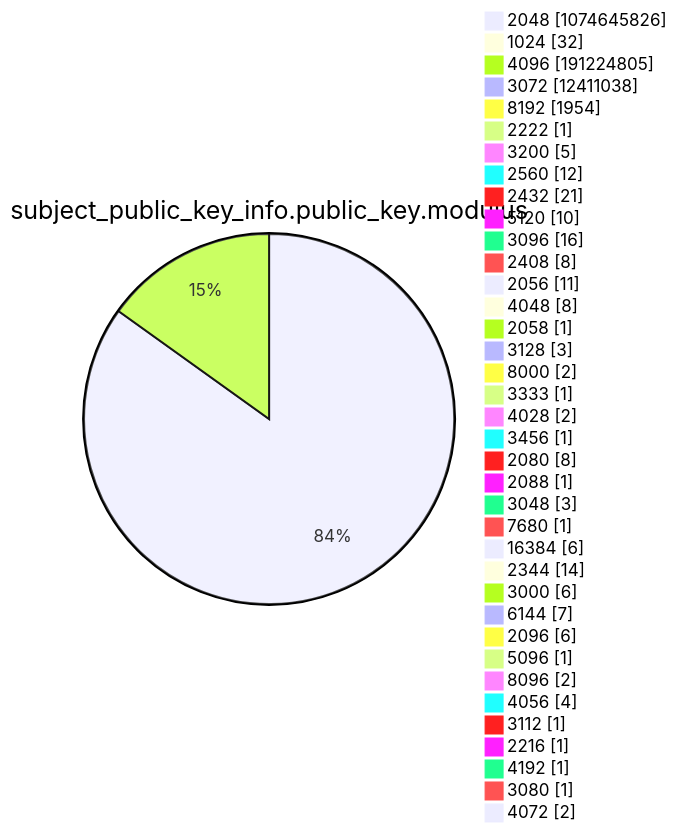
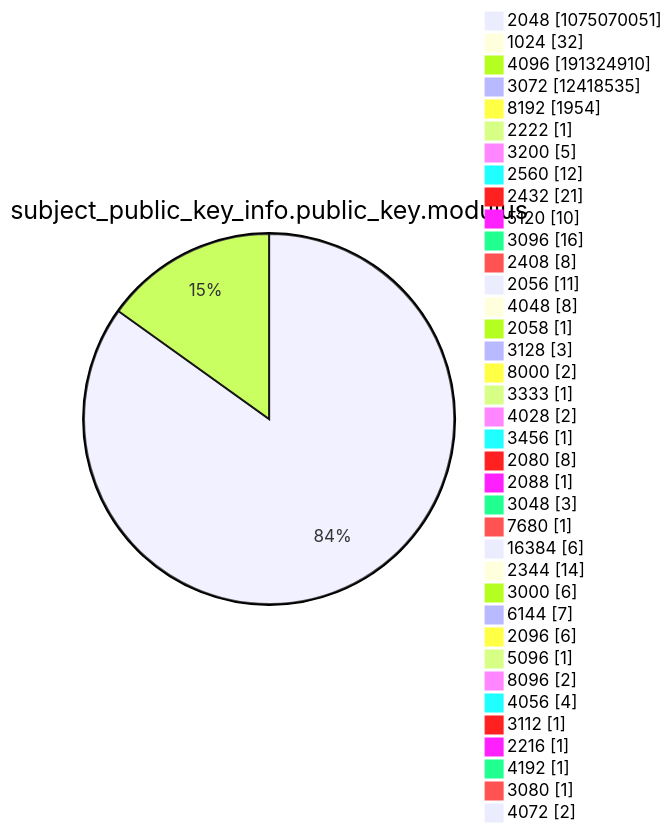
Before and after one commit to christiankrug/ctmonitor_visualization: diagram 13 of 15 in argon2022/README.md, drawn with Mermaid. The commit also changed other lines of this file, not shown here.

````diff
--- a/argon2022/README.md
+++ b/argon2022/README.md
@@ -3589,41 +3589,41 @@
 ```mermaid
 pie showData
 title subject_public_key_info.public_key.modulus
-"2048" :1074645826
+"2048" :1075070051
 "1024" :32
-"4096" :191224805
-"3072" :12411038
+"4096" :191324910
+"3072" :12418535
 "8192" :1954
 "2222" :1
 "3200" :5
 "2560" :12
 "2432" :21
 "5120" :10
 "3096" :16
 "2408" :8
 "2056" :11
 "4048" :8
 "2058" :1
 "3128" :3
 "8000" :2
 "3333" :1
 "4028" :2
 "3456" :1
 "2080" :8
 "2088" :1
 "3048" :3
 "7680" :1
 "16384" :6
 "2344" :14
 "3000" :6
 "6144" :7
 "2096" :6
 "5096" :1
 "8096" :2
 "4056" :4
 "3112" :1
 "2216" :1
 "4192" :1
 "3080" :1
 "4072" :2
 ```
````
